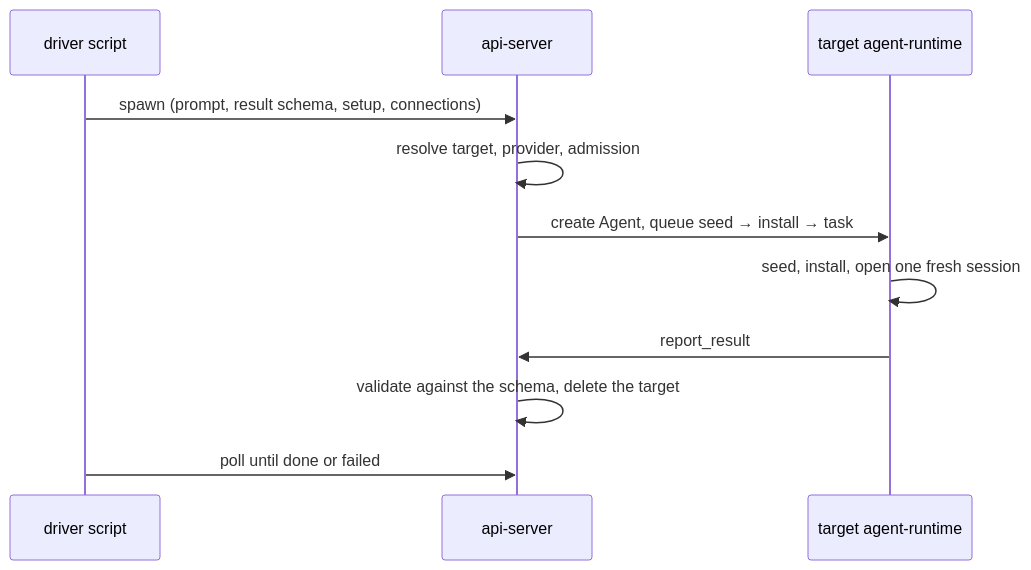
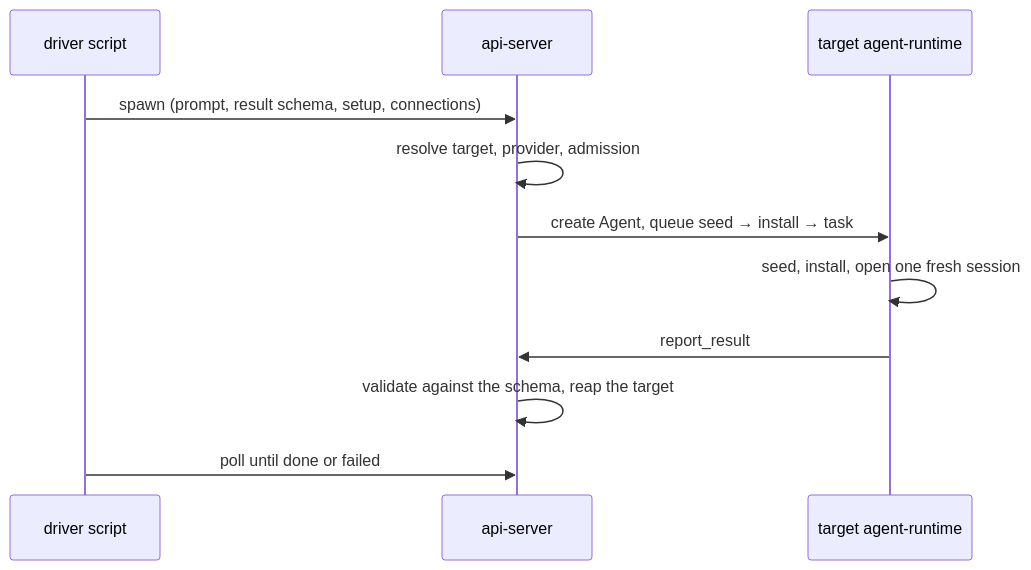
One commit to BrUn3y/dam changed the diagram in docs/architecture/invocations.md. Above: the diagram before and after it, drawn with Mermaid. The commit also changed other lines of this file and 86 other files, not shown here.

````diff
--- a/docs/architecture/invocations.md
+++ b/docs/architecture/invocations.md
@@ -11,13 +11,13 @@
 ```mermaid
 sequenceDiagram
   participant D as driver script
   participant API as api-server
   participant T as target agent-runtime
   D->>API: spawn (prompt, result schema, setup, connections)
   API->>API: resolve target, provider, admission
   API->>T: create Agent, queue seed → install → task
   T->>T: seed, install, open one fresh session
   T->>API: report_result
-  API->>API: validate against the schema, delete the target
+  API->>API: validate against the schema, reap the target
   D->>API: poll until done or failed
 ```
````
